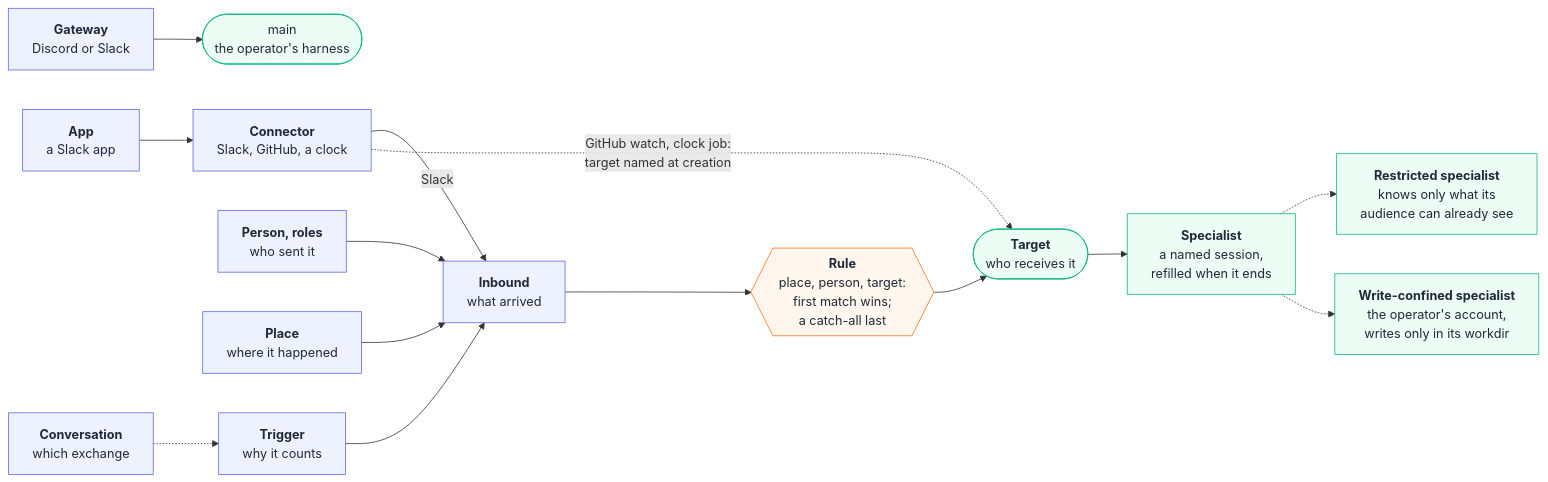
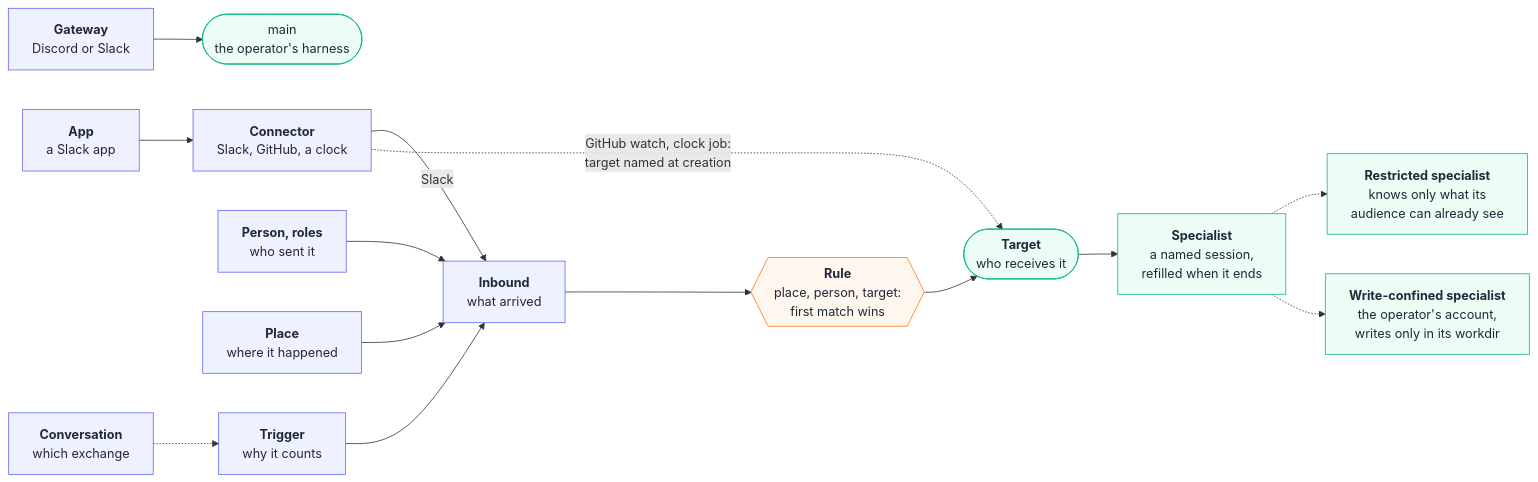
One commit to sf8193/hydra changed the diagram in README.md. Above: the diagram before and after it, drawn with Mermaid. The commit also changed other lines of this file and 25 other files, not shown here.

````diff
--- a/README.md
+++ b/README.md
@@ -81,22 +82,22 @@
 ```mermaid
 flowchart LR
   GW["<b>Gateway</b><br/>Discord or Slack"] --> MN(["main<br/>the operator's harness"])
   AP["<b>App</b><br/>a Slack app"] --> CN["<b>Connector</b><br/>Slack, GitHub, a clock"]
   CN -- "Slack" --> IN["<b>Inbound</b><br/>what arrived"]
   PE["<b>Person, roles</b><br/>who sent it"] --> IN
   PL["<b>Place</b><br/>where it happened"] --> IN
   TR["<b>Trigger</b><br/>why it counts"] --> IN
   CV["<b>Conversation</b><br/>which exchange"] -.-> TR
-  IN --> RU{{"<b>Rule</b><br/>place, person, target:<br/>first match wins;<br/>a catch-all last"}}
+  IN --> RU{{"<b>Rule</b><br/>place, person, target:<br/>first match wins"}}
   RU --> TG(["<b>Target</b><br/>who receives it"])
   CN -. "GitHub watch, clock job:<br/>target named at creation" .-> TG
   TG --> SP["<b>Specialist</b><br/>a named session,<br/>refilled when it ends"]
   SP -.-> RS["<b>Restricted specialist</b><br/>knows only what its<br/>audience can already see"]
   SP -.-> WC["<b>Write-confined specialist</b><br/>the operator's account,<br/>writes only in its workdir"]
   classDef core fill:#ecfdf5,stroke:#10b981,color:#1f2937
   classDef step fill:#eef2ff,stroke:#6366f1,color:#1f2937
   classDef gate fill:#fff7ed,stroke:#f97316,color:#1f2937
   class TG,SP,RS,WC,MN core
   class GW,AP,CN,IN,PE,PL,TR,CV step
   class RU gate
 ```
````
